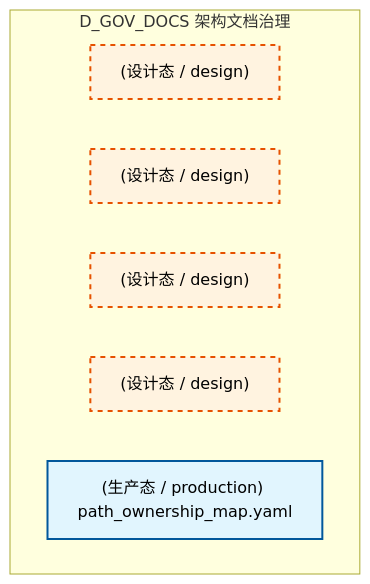
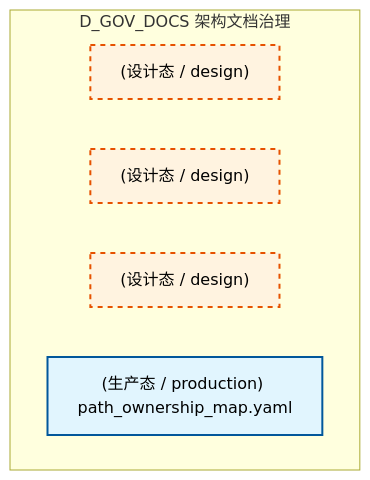
One commit to xuanFelixVan/ZephyrAlpha changed the fourth of 7 diagrams in docs/02_enterprise_architecture/02_domain_architecture_docs/40_d_gov_docs.md. Above: the diagram before and after it, drawn with Mermaid. The commit also changed other lines of this file and 126 other files, not shown here.

````diff
--- a/docs/02_enterprise_architecture/02_domain_architecture_docs/40_d_gov_docs.md
+++ b/docs/02_enterprise_architecture/02_domain_architecture_docs/40_d_gov_docs.md
@@ -309,16 +371,15 @@
 ```mermaid
 graph TD
     subgraph D_GOV_DOCS["D_GOV_DOCS 架构文档治理"]
-        docs_03_modules_master_blueprint_blueprint_agent_spec_md["(设计态 / design) "]
         docs_03_modules_master_blueprint_blueprint_baseline_md["(设计态 / design) "]
         docs_03_modules_master_blueprint_blueprint_capacity_md["(设计态 / design) "]
         docs_03_modules_system_master_blueprint_md["(设计态 / design) "]
         docs_03_modules_path_ownership_map_yaml["(生产态 / production) path_ownership_map.yaml"]
     end
     classDef production fill:#e1f5fe,stroke:#01579b,stroke-width:2px,color:#000
     classDef design fill:#fff3e0,stroke:#e65100,stroke-width:2px,color:#000,stroke-dasharray: 5 5
     classDef external_prod fill:#e8f5e9,stroke:#1b5e20,stroke-width:1px,color:#000
     classDef external_design fill:#fce4ec,stroke:#880e4f,stroke-width:1px,color:#000,stroke-dasharray: 5 5
     class docs_03_modules_path_ownership_map_yaml production
-    class docs_03_modules_master_blueprint_blueprint_agent_spec_md,docs_03_modules_master_blueprint_blueprint_baseline_md,docs_03_modules_master_blueprint_blueprint_capacity_md,docs_03_modules_system_master_blueprint_md design
+    class docs_03_modules_master_blueprint_blueprint_baseline_md,docs_03_modules_master_blueprint_blueprint_capacity_md,docs_03_modules_system_master_blueprint_md design
 ```
````
